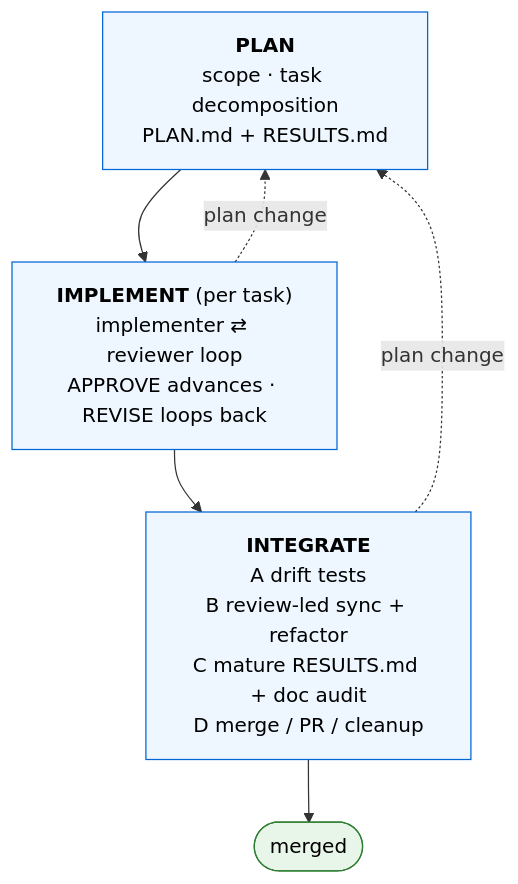
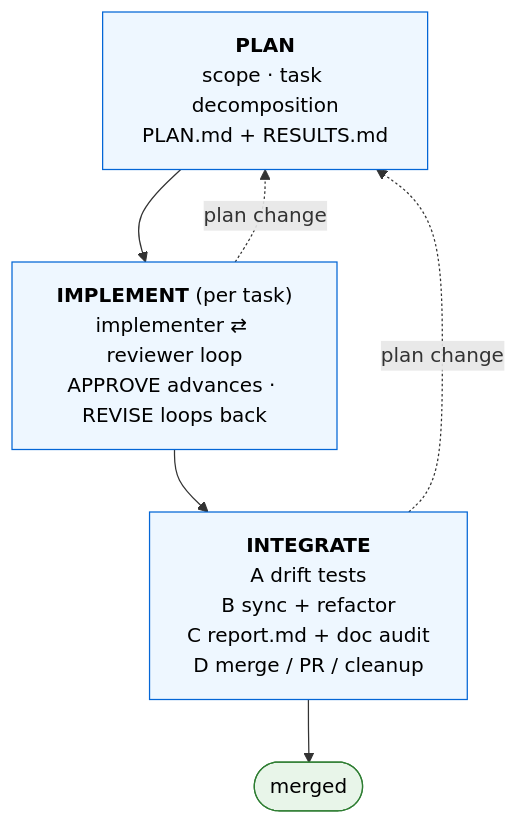
One commit to FuZhiyu/superRA changed the diagram in README.md. Above: the diagram before and after it, drawn with Mermaid.

Commit message:
plan to merge

````diff
--- a/README.md
+++ b/README.md
@@ -28,19 +28,19 @@
 ```mermaid
 flowchart TB
     PLAN["<b>PLAN</b><br/>scope · task decomposition<br/>PLAN.md + RESULTS.md"]
     IMPLEMENT["<b>IMPLEMENT</b> (per task)<br/>implementer ⇄ reviewer loop<br/>APPROVE advances · REVISE loops back"]
-    INTEGRATE["<b>INTEGRATE</b><br/>A drift tests<br/>B review-led sync + refactor<br/>C mature RESULTS.md + doc audit<br/>D merge / PR / cleanup"]
+    INTEGRATE["<b>INTEGRATE</b><br/>A drift tests<br/>B sync + refactor<br/>C report.md + doc audit<br/>D merge / PR / cleanup"]
     MERGED(["merged"])
 
     PLAN --> IMPLEMENT
     IMPLEMENT --> INTEGRATE
     INTEGRATE --> MERGED
 
     IMPLEMENT -. "plan change" .-> PLAN
     INTEGRATE -. "plan change" .-> PLAN
 
     classDef phase fill:#eef7ff,stroke:#0366d6,color:#000
     classDef terminal fill:#e8f5e9,stroke:#2e7d32,color:#000
     class PLAN,IMPLEMENT,INTEGRATE phase
     class MERGED terminal
 ```
````
